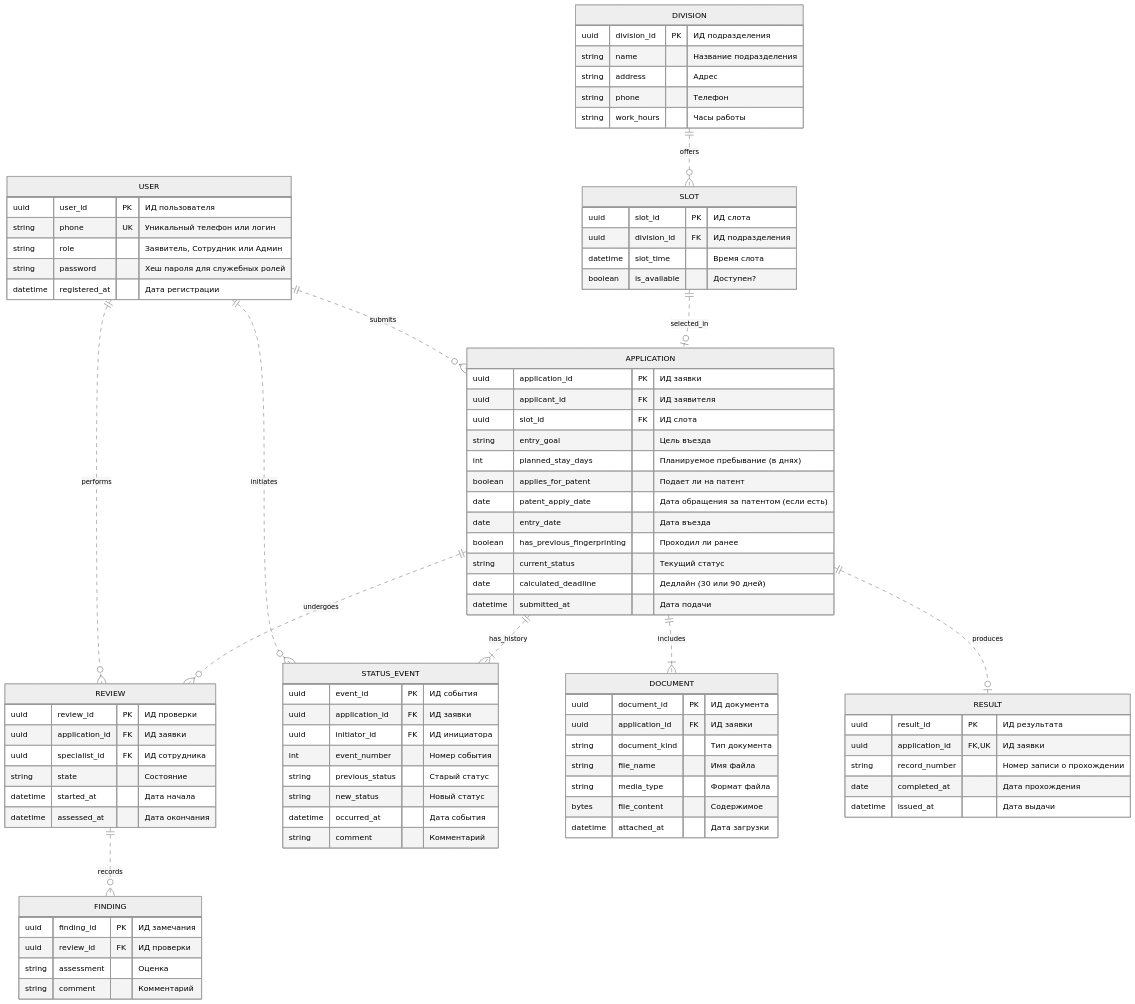
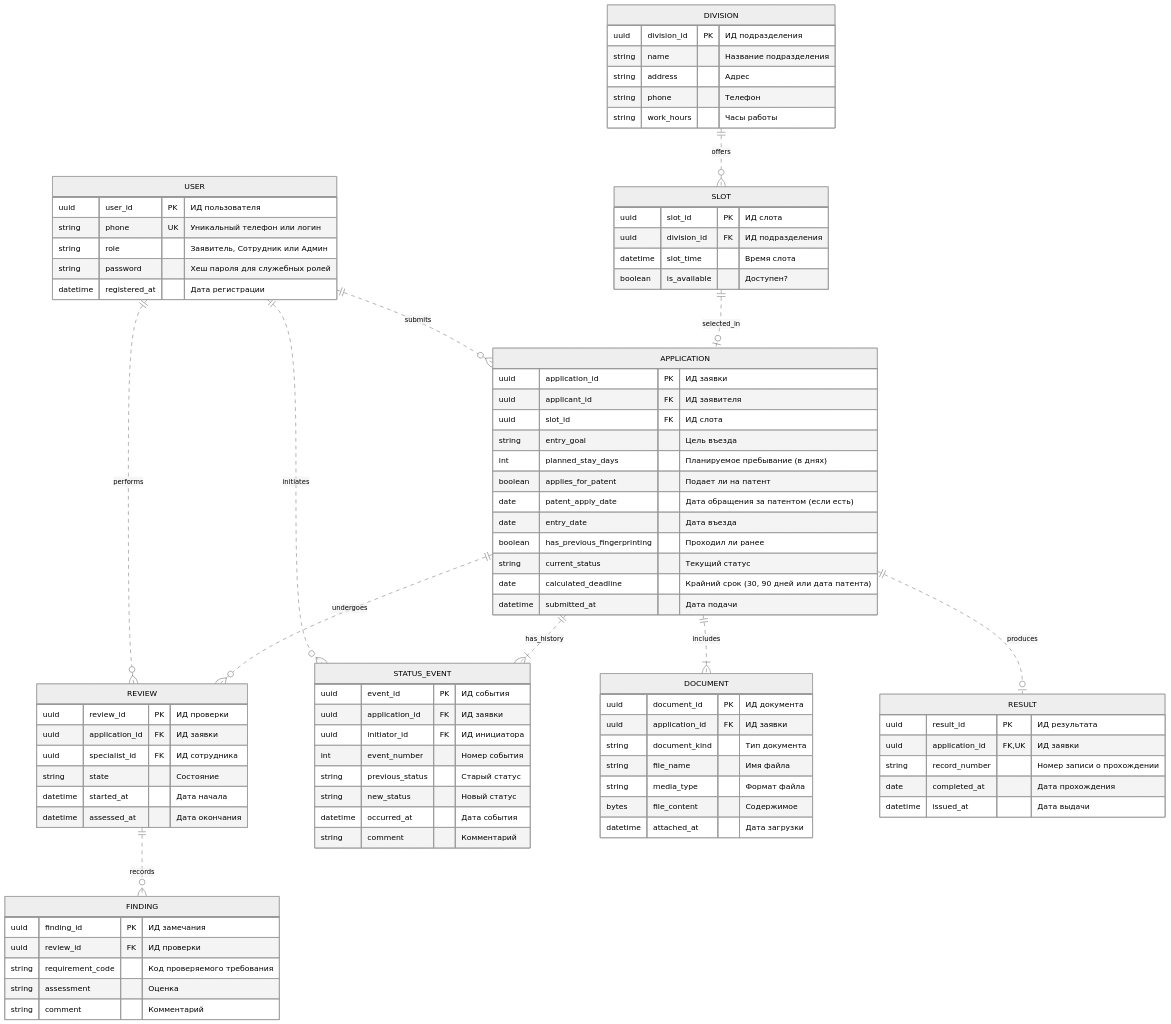
The diagram in er.md (Ahmetlev/LBPIS), drawn with Mermaid (neutral theme) before and after one commit. The commit also changed other lines of this file, not shown here.

```diff
--- a/er.md
+++ b/er.md
@@ -20,7 +20,7 @@
         string password "Хеш пароля для служебных ролей"
         datetime registered_at "Дата регистрации"
     }
-    APPLICATION {
+      APPLICATION {
         uuid application_id PK "ИД заявки"
         uuid applicant_id FK "ИД заявителя"
         uuid slot_id FK "ИД слота"
@@ -31,9 +31,10 @@
         date entry_date "Дата въезда"
         boolean has_previous_fingerprinting "Проходил ли ранее"
         string current_status "Текущий статус"
-        date calculated_deadline "Дедлайн (30 или 90 дней)"
+        date calculated_deadline "Крайний срок (30, 90 дней или дата патента)"
         datetime submitted_at "Дата подачи"
     }
+
     DOCUMENT {
         uuid document_id PK "ИД документа"
         uuid application_id FK "ИД заявки"
@@ -54,6 +55,7 @@
     FINDING {
         uuid finding_id PK "ИД замечания"
         uuid review_id FK "ИД проверки"
+        string requirement_code "Код проверяемого требования"
         string assessment "Оценка"
         string comment "Комментарий"
     }
```
